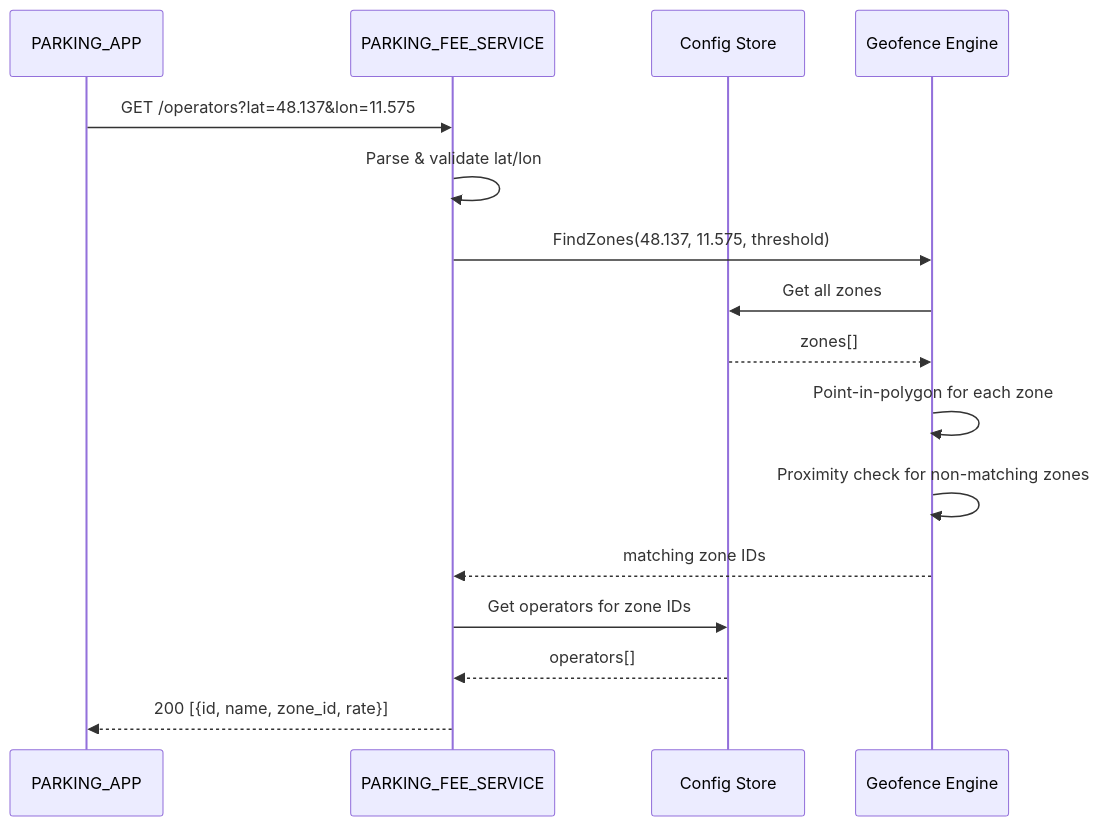
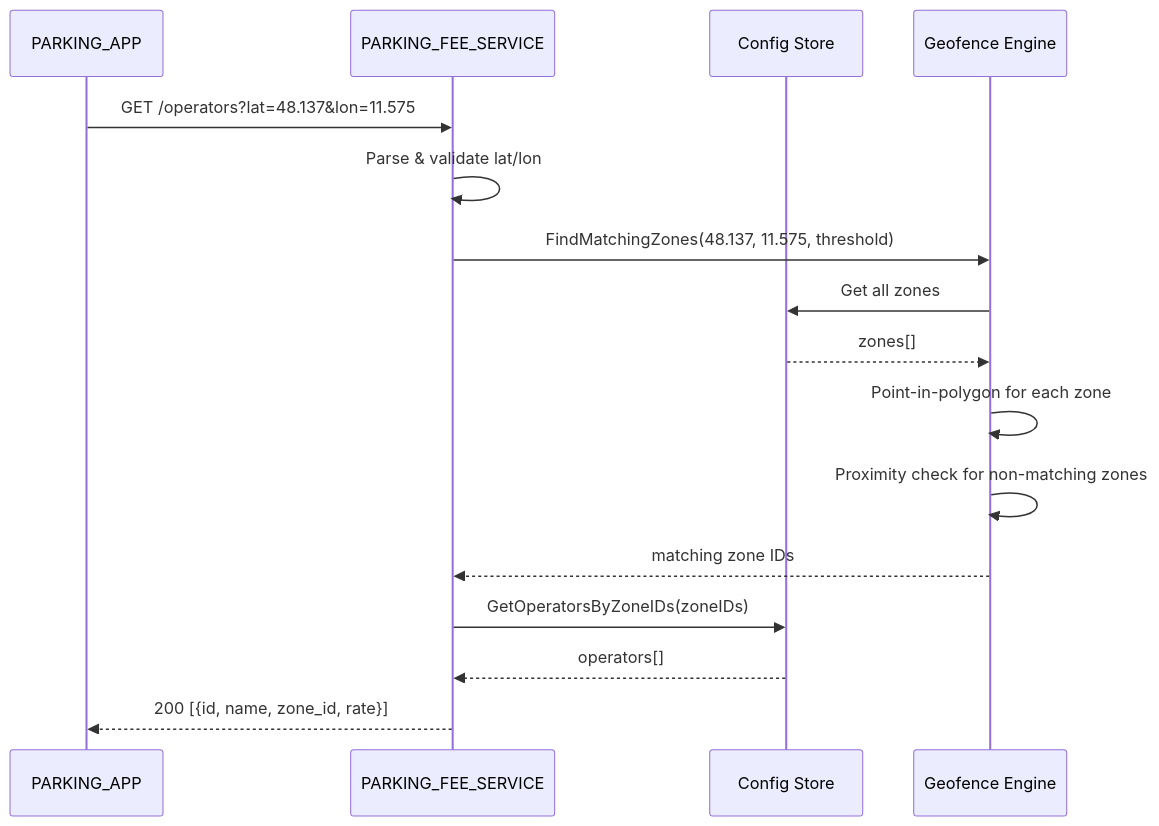
Before and after one commit to rhadp/parking-fee-service: the second of 2 diagrams in .specs/05_parking_fee_service/design.md, drawn with Mermaid. The commit also changed other lines of this file and 35 other files, not shown here.

````diff
--- a/.specs/05_parking_fee_service/design.md
+++ b/.specs/05_parking_fee_service/design.md
@@ -28,19 +28,19 @@
 ```mermaid
 sequenceDiagram
     participant PA as PARKING_APP
     participant PFS as PARKING_FEE_SERVICE
     participant Store as Config Store
     participant Geo as Geofence Engine
 
     PA->>PFS: GET /operators?lat=48.137&lon=11.575
     PFS->>PFS: Parse & validate lat/lon
-    PFS->>Geo: FindZones(48.137, 11.575, threshold)
+    PFS->>Geo: FindMatchingZones(48.137, 11.575, threshold)
     Geo->>Store: Get all zones
     Store-->>Geo: zones[]
     Geo->>Geo: Point-in-polygon for each zone
     Geo->>Geo: Proximity check for non-matching zones
     Geo-->>PFS: matching zone IDs
-    PFS->>Store: Get operators for zone IDs
+    PFS->>Store: GetOperatorsByZoneIDs(zoneIDs)
     Store-->>PFS: operators[]
     PFS-->>PA: 200 [{id, name, zone_id, rate}]
 ```
````
